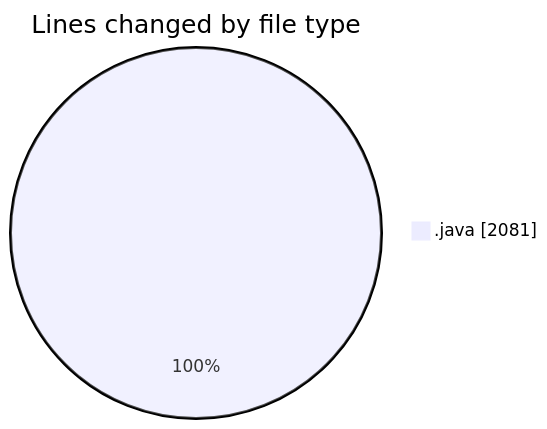
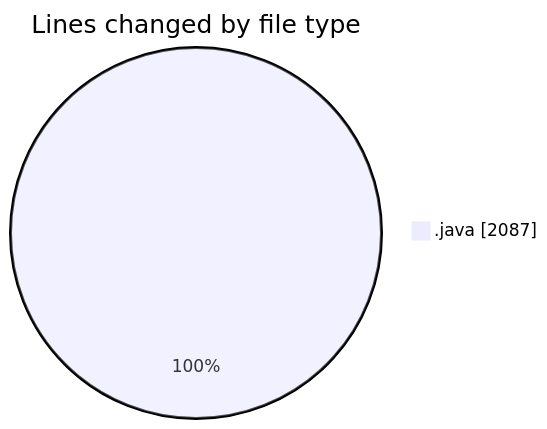
The first of 2 diagrams in 2026-09-08/cilapp/README.md (ricardozamudiocil/code-tracking), drawn with Mermaid before and after one commit. The commit also changed other lines of this file and 1 other file, not shown here.

````diff
--- a/2026-09-08/cilapp/README.md
+++ b/2026-09-08/cilapp/README.md
@@ -22,5 +22,5 @@
 ```mermaid
 pie showData
 title Lines changed by file type
-".java" : 2081
+".java" : 2087
 ```
````
